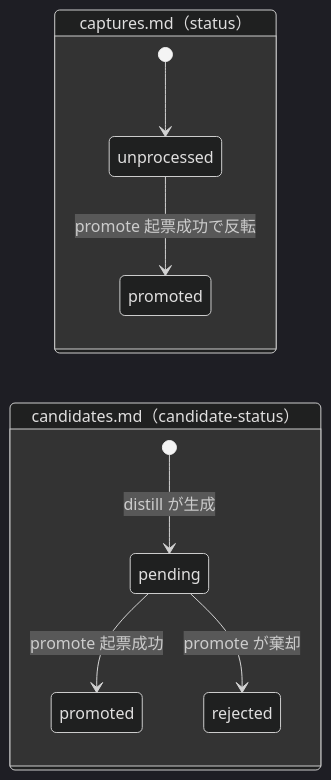
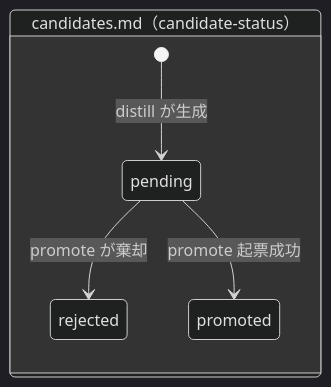
One commit to kuchita-el/claude-shared-skills changed the second of 2 diagrams in plugins/growth/DESIGN.md. Above: the diagram before and after it, drawn with Mermaid (dark theme). The commit also changed other lines of this file, not shown here.

````diff
--- a/plugins/growth/DESIGN.md
+++ b/plugins/growth/DESIGN.md
@@ -137,16 +137,10 @@
 ```mermaid
 stateDiagram-v2
     direction LR
 
-    state "captures.md（status）" as CAP {
-        [*] --> unprocessed
-        unprocessed --> promoted: promote 起票成功で反転
-    }
-
     state "candidates.md（candidate-status）" as CAND {
-        state "promoted" as cpromoted
         [*] --> pending: distill が生成
         pending --> rejected: promote が棄却
-        pending --> cpromoted: promote 起票成功
+        pending --> promoted: promote 起票成功
     }
 ```
````
